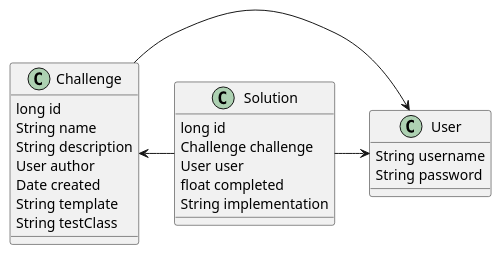
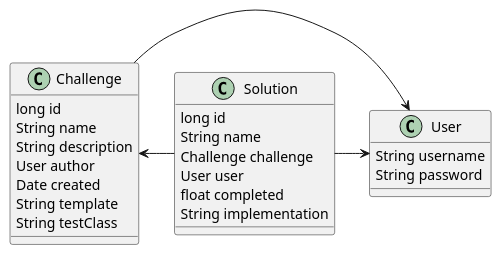
Before and after one commit to Daemon712/foobarbaz-backend: the diagram in design/data_model/common.puml, drawn with PlantUML. The commit also changed 11 other files, not shown here.

```diff
--- a/design/data_model/common.puml
+++ b/design/data_model/common.puml
@@ -1,31 +1,32 @@
 @startuml
 
 class User {
     String username
     String password
 }
 
 class Challenge {
     long id
     String name
     String description
     User author
     Date created
     String template
     String testClass
 }
 
 class Solution {
     long id
+    String name
     Challenge challenge
     User user
     float completed
     String implementation
 }
 
 
 Challenge -> User
 Challenge <- Solution
 Solution -> User
 
 @enduml
```
